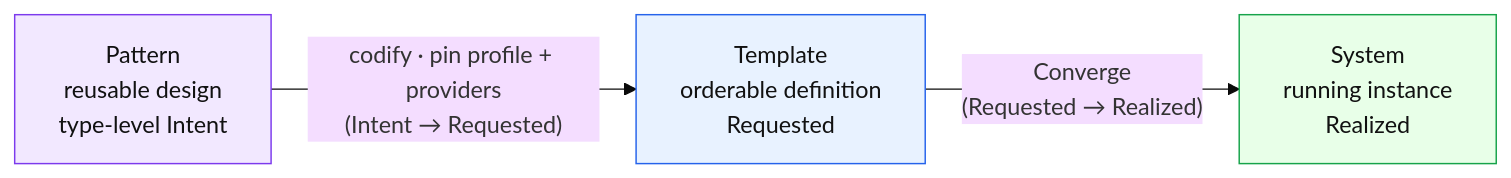
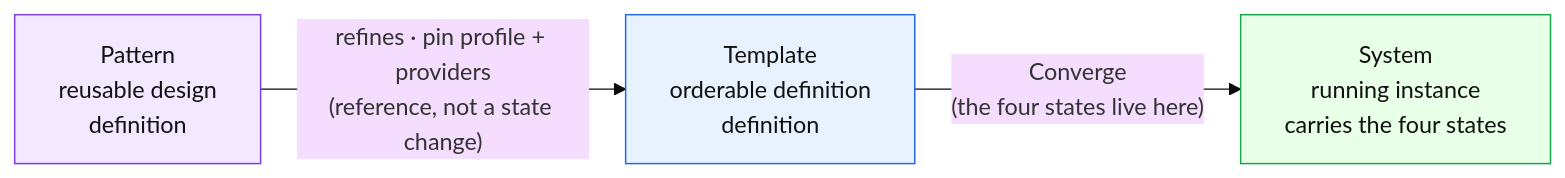
Before and after one commit to croadfeldt/udlm: the first of 4 diagrams in docs/flows/template-assembly.md, drawn with Mermaid (base theme). The commit also changed other lines of this file and 7 other files, not shown here.

````diff
--- a/docs/flows/template-assembly.md
+++ b/docs/flows/template-assembly.md
@@ -17,11 +36,11 @@
 ```mermaid
 flowchart LR
-    PAT["Pattern<br/>reusable design<br/>type-level Intent"]:::p
-    TMP["Template<br/>orderable definition<br/>Requested"]:::t
-    SYS["System<br/>running instance<br/>Realized"]:::s
-    PAT -->|"codify · pin profile + providers<br/>(Intent → Requested)"| TMP
-    TMP -->|"Converge<br/>(Requested → Realized)"| SYS
+    PAT["Pattern<br/>reusable design<br/>definition"]:::p
+    TMP["Template<br/>orderable definition<br/>definition"]:::t
+    SYS["System<br/>running instance<br/>carries the four states"]:::s
+    PAT -->|"refines · pin profile + providers<br/>(reference, not a state change)"| TMP
+    TMP -->|"Converge<br/>(the four states live here)"| SYS
     classDef p fill:#f2e8ff,stroke:#7c3aed,color:#111
     classDef t fill:#e8f2ff,stroke:#2563eb,color:#111
     classDef s fill:#e8ffe8,stroke:#16a34a,color:#111
 ```
````
